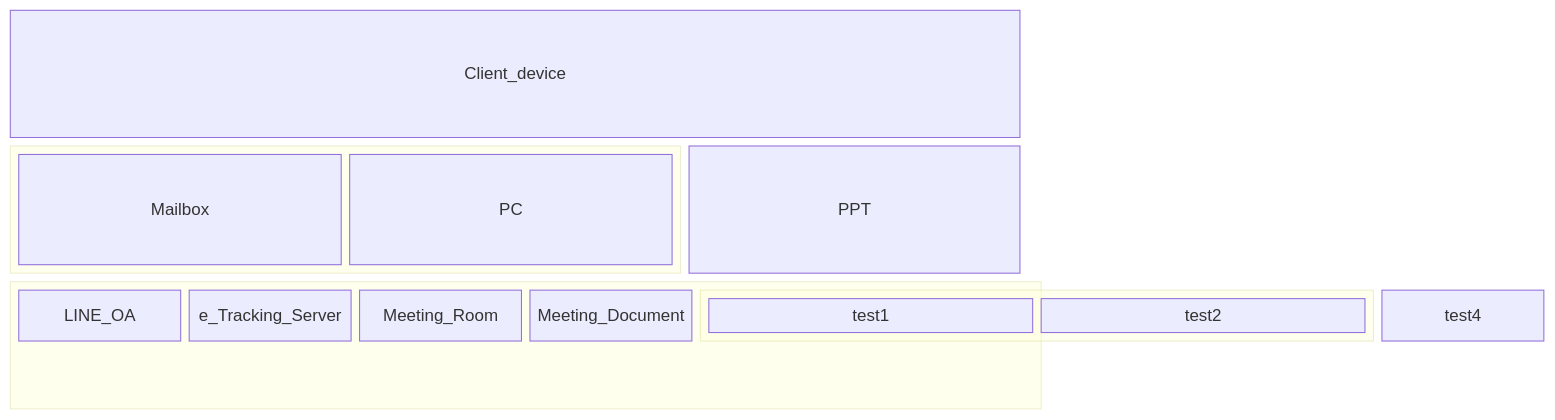
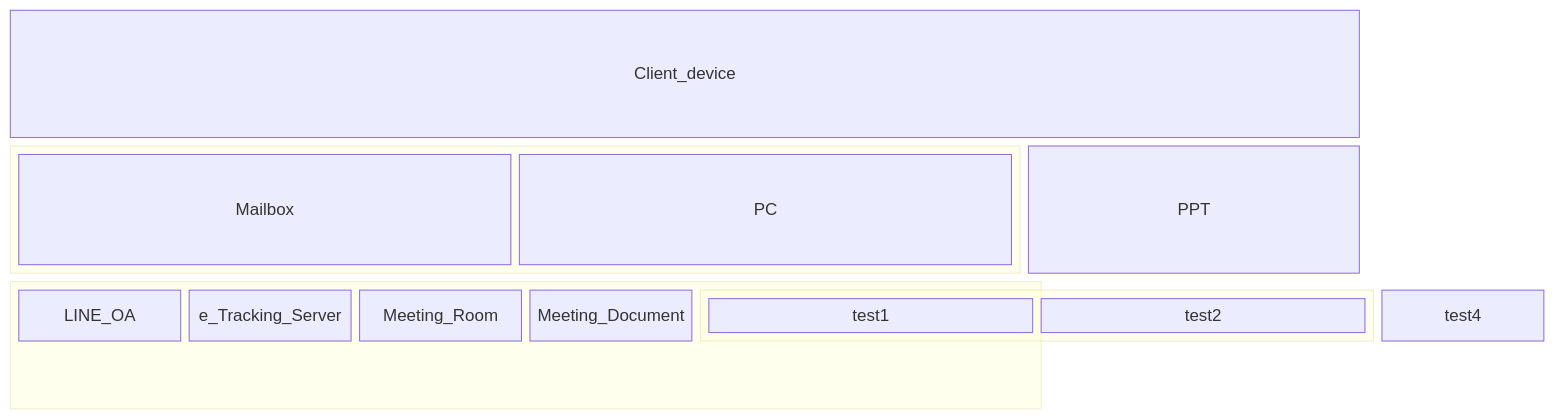
The sixth of 6 diagrams in README.md (Kietpawpan/pdpa), drawn with Mermaid before and after one commit.

````diff
--- a/README.md
+++ b/README.md
@@ -123,18 +123,18 @@
 ```mermaid
 block-beta
-  columns 3
-  Client_device:3
-  block:group1:2
+  columns 4
+  Client_device:4
+  block:group1:3
     columns 2
     Mailbox PC
   end
   PPT
   block:group2:3
     %% columns auto (default)
     LINE_OA e_Tracking_Server Meeting_Room Meeting_Document
   block:group3:4
   	test1 test2
 end
 test4
 end
 ```
````
